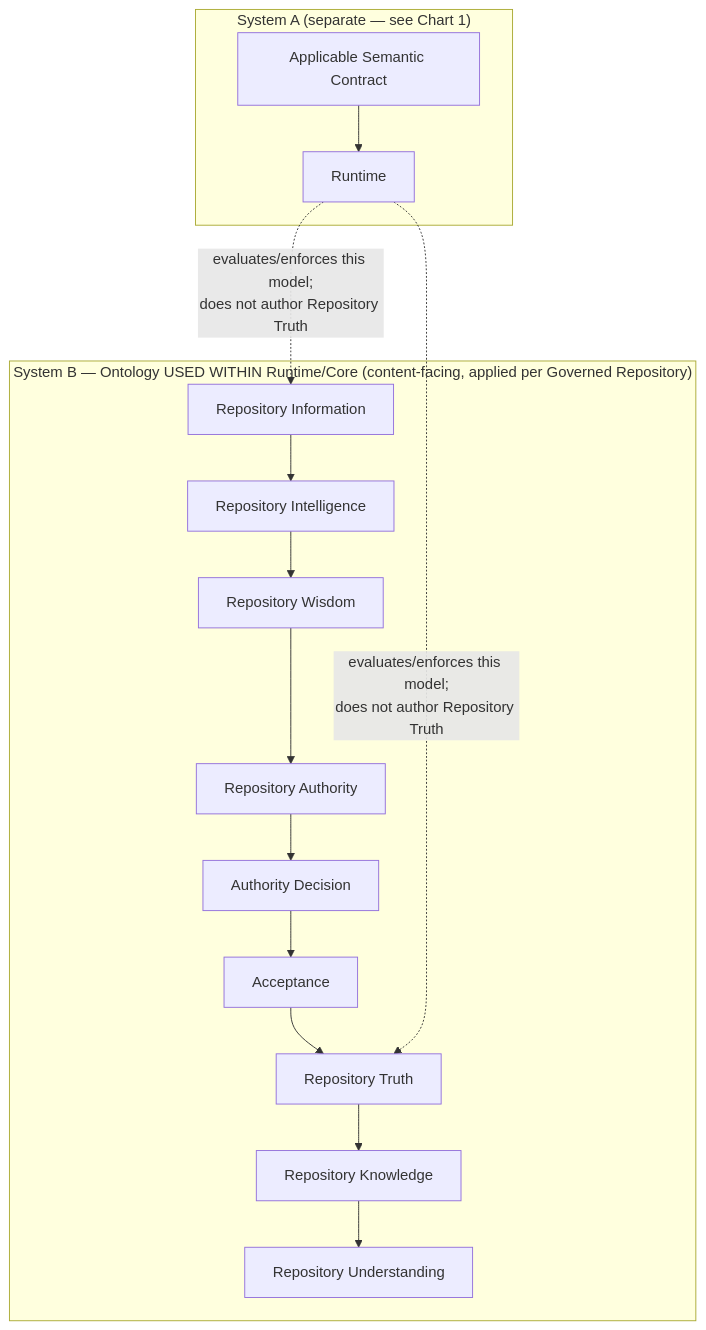
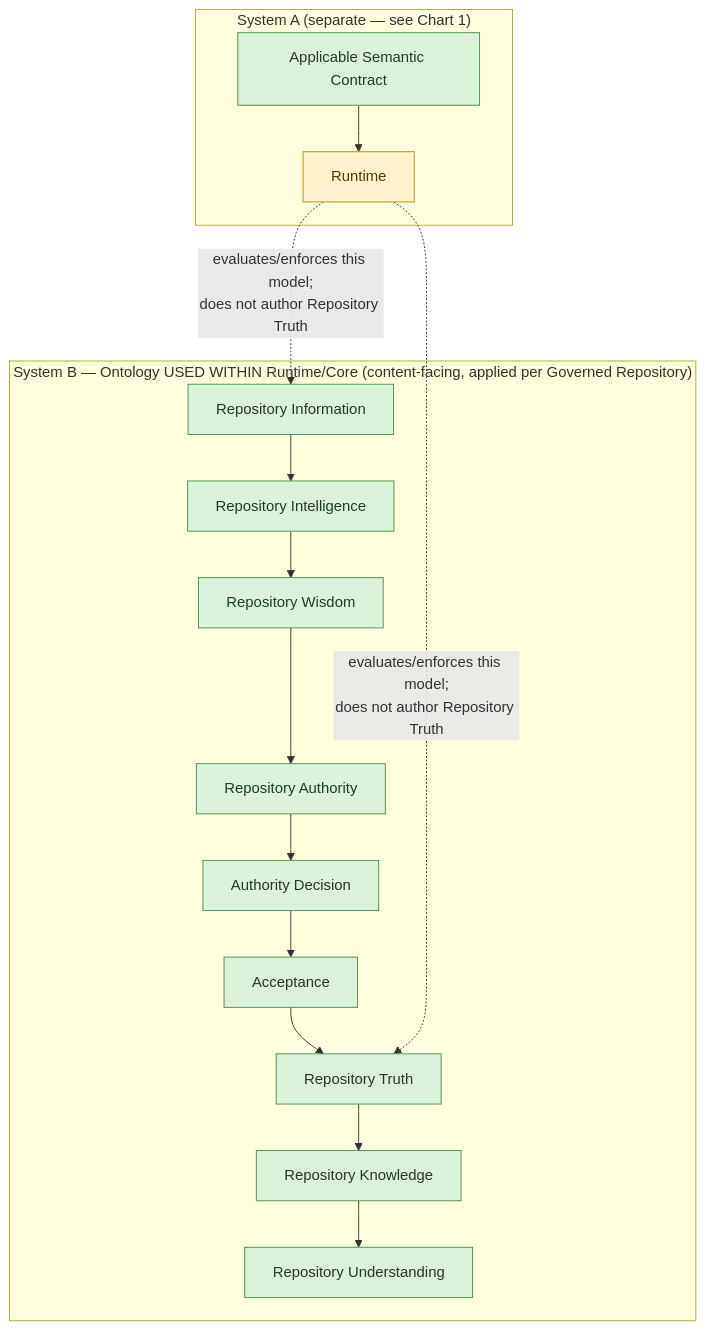
One commit to Lanker63/guvna-sdk changed the diagram in docs/mark2/runtime-operation.mmd. Above: the diagram before and after it, drawn with Mermaid. The commit also changed 25 other files, not shown here.

```diff
--- a/docs/mark2/runtime-operation.mmd
+++ b/docs/mark2/runtime-operation.mmd
@@ -1,18 +1,25 @@
 flowchart TD
+    classDef realized fill:#d9f2d9,stroke:#4d8f4d,color:#1f3d1f
+    classDef partial fill:#fff4cc,stroke:#b38f00,color:#4d3d00
+
     subgraph SYS_B["System B — Ontology USED WITHIN Runtime/Core (content-facing, applied per Governed Repository)"]
         RInfo["Repository Information"] --> RIntel["Repository Intelligence"]
         RIntel --> RWis["Repository Wisdom"]
         RWis --> RAuth["Repository Authority"]
         RAuth --> ADec["Authority Decision"]
         ADec --> ACC["Acceptance"]
         ACC --> RTruth["Repository Truth"]
         RTruth --> RKnow["Repository Knowledge"]
         RKnow --> RUnd["Repository Understanding"]
     end
 
     subgraph SYS_A_REF["System A (separate — see Chart 1)"]
         APP2["Applicable Semantic Contract"] --> RT2["Runtime"]
     end
 
     RT2 -. "evaluates/enforces this model;\ndoes not author Repository Truth" .-> RInfo
     RT2 -. "evaluates/enforces this model;\ndoes not author Repository Truth" .-> RTruth
+
+    class RInfo,RIntel,RWis,RAuth,ADec,ACC,RTruth,RKnow,RUnd realized
+    class APP2 realized
+    class RT2 partial
```
